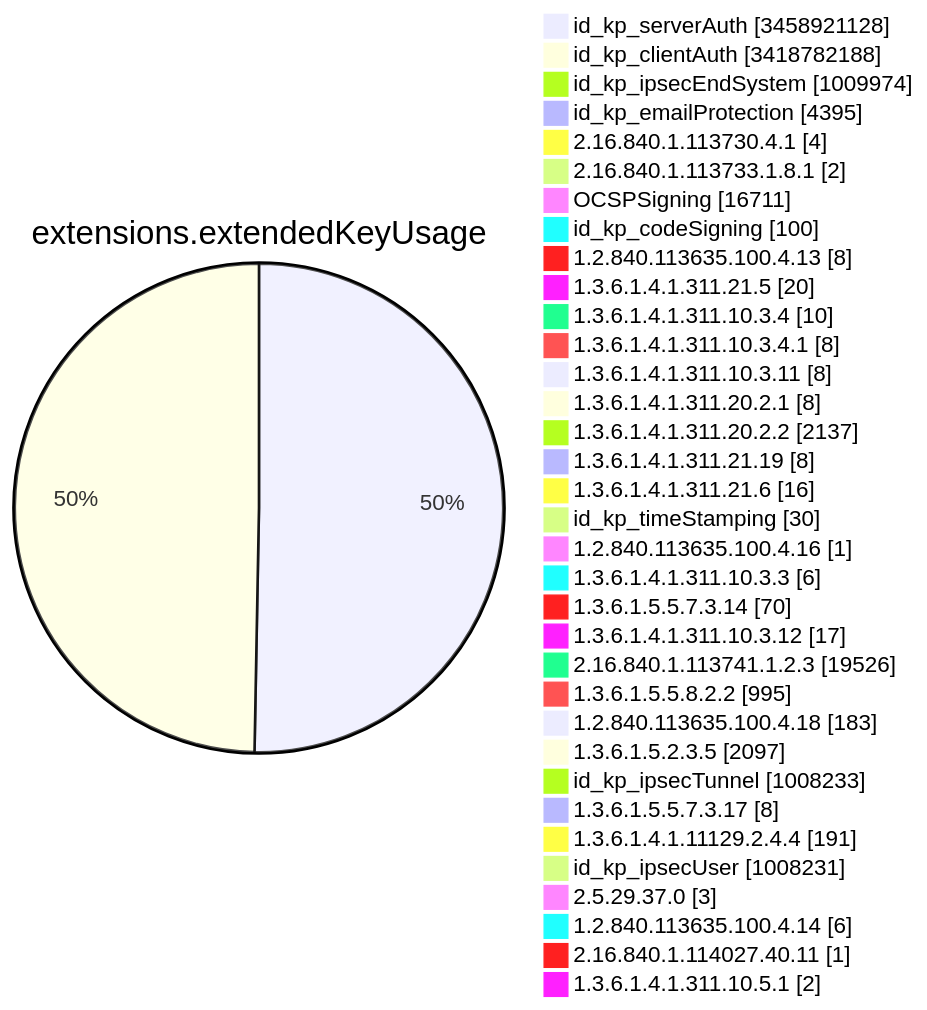
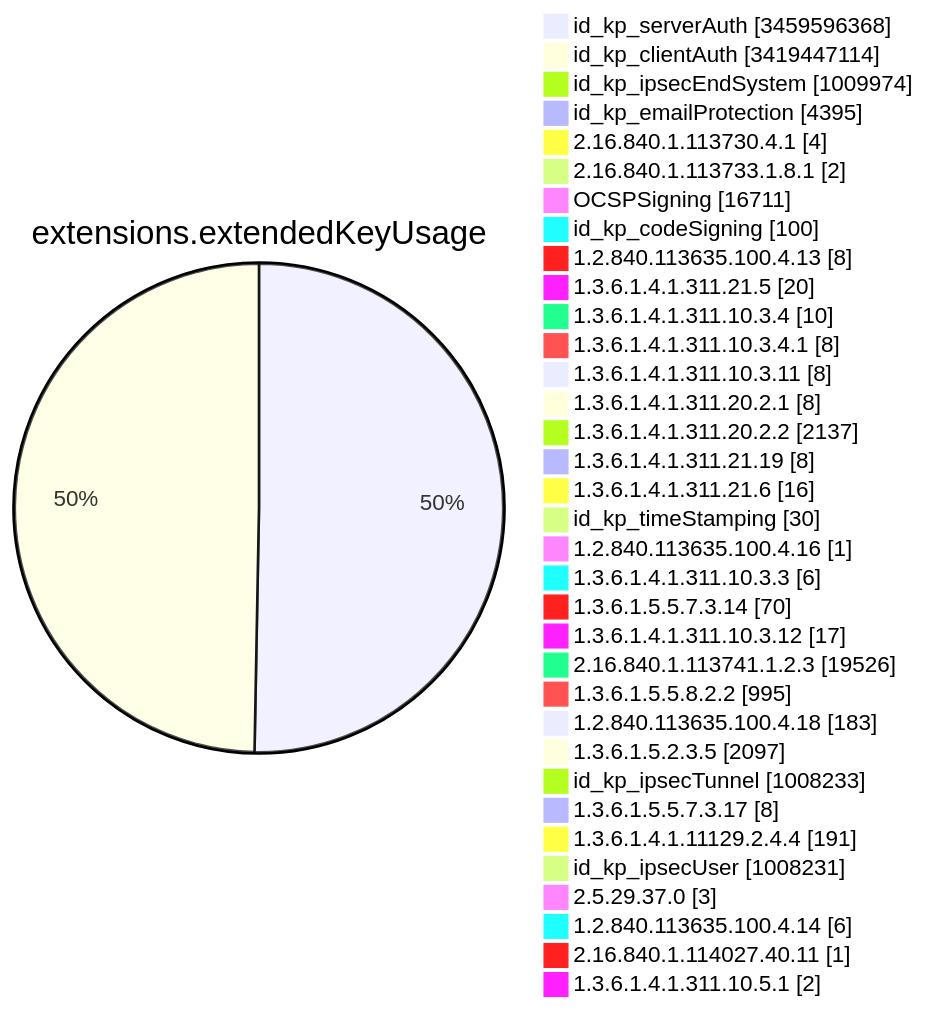
Before and after one commit to christiankrug/ctmonitor_visualization: diagram 11 of 15 in TOTAL/README.md, drawn with Mermaid. The commit also changed other lines of this file, not shown here.

````diff
--- a/TOTAL/README.md
+++ b/TOTAL/README.md
@@ -4123,38 +4123,38 @@
 ```mermaid
 pie showData
 title extensions.extendedKeyUsage
-"id_kp_serverAuth" :3458921128
-"id_kp_clientAuth" :3418782188
+"id_kp_serverAuth" :3459596368
+"id_kp_clientAuth" :3419447114
 "id_kp_ipsecEndSystem" :1009974
 "id_kp_emailProtection" :4395
 "2.16.840.1.113730.4.1" :4
 "2.16.840.1.113733.1.8.1" :2
 "OCSPSigning" :16711
 "id_kp_codeSigning" :100
 "1.2.840.113635.100.4.13" :8
 "1.3.6.1.4.1.311.21.5" :20
 "1.3.6.1.4.1.311.10.3.4" :10
 "1.3.6.1.4.1.311.10.3.4.1" :8
 "1.3.6.1.4.1.311.10.3.11" :8
 "1.3.6.1.4.1.311.20.2.1" :8
 "1.3.6.1.4.1.311.20.2.2" :2137
 "1.3.6.1.4.1.311.21.19" :8
 "1.3.6.1.4.1.311.21.6" :16
 "id_kp_timeStamping" :30
 "1.2.840.113635.100.4.16" :1
 "1.3.6.1.4.1.311.10.3.3" :6
 "1.3.6.1.5.5.7.3.14" :70
 "1.3.6.1.4.1.311.10.3.12" :17
 "2.16.840.1.113741.1.2.3" :19526
 "1.3.6.1.5.5.8.2.2" :995
 "1.2.840.113635.100.4.18" :183
 "1.3.6.1.5.2.3.5" :2097
 "id_kp_ipsecTunnel" :1008233
 "1.3.6.1.5.5.7.3.17" :8
 "1.3.6.1.4.1.11129.2.4.4" :191
 "id_kp_ipsecUser" :1008231
 "2.5.29.37.0" :3
 "1.2.840.113635.100.4.14" :6
 "2.16.840.1.114027.40.11" :1
 "1.3.6.1.4.1.311.10.5.1" :2
 ```
````
